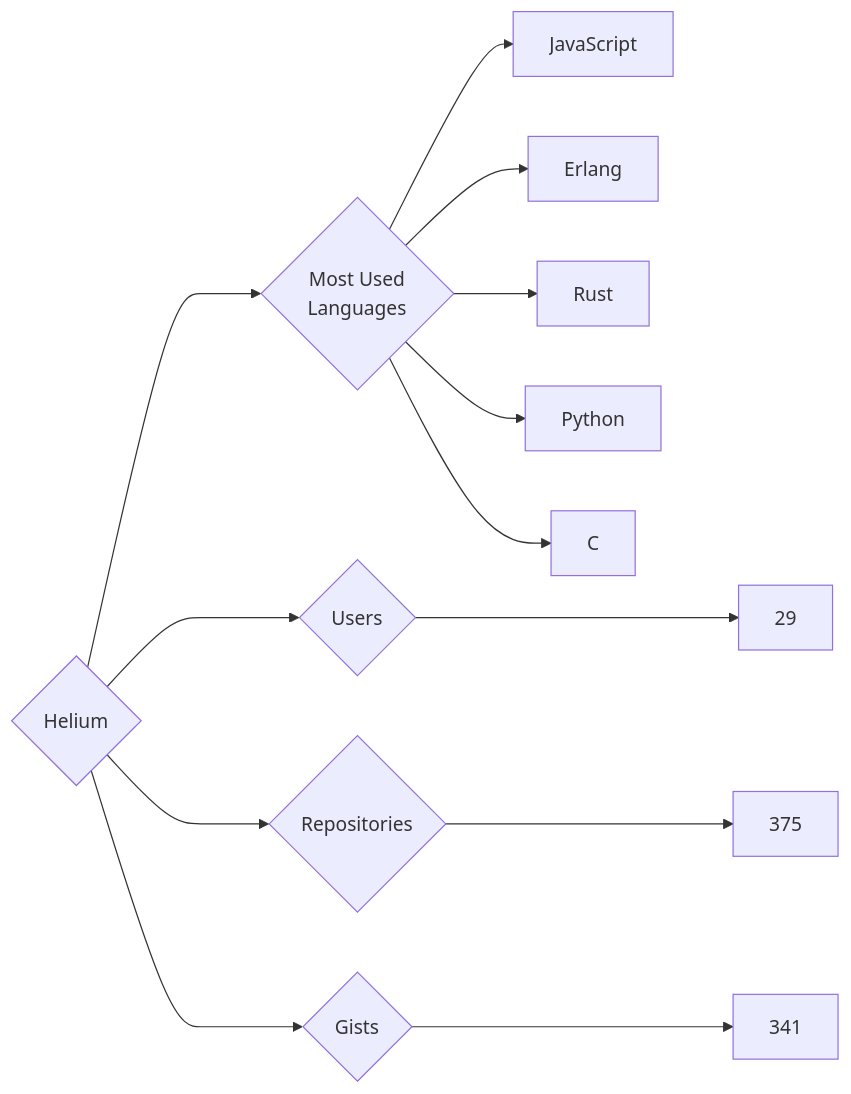
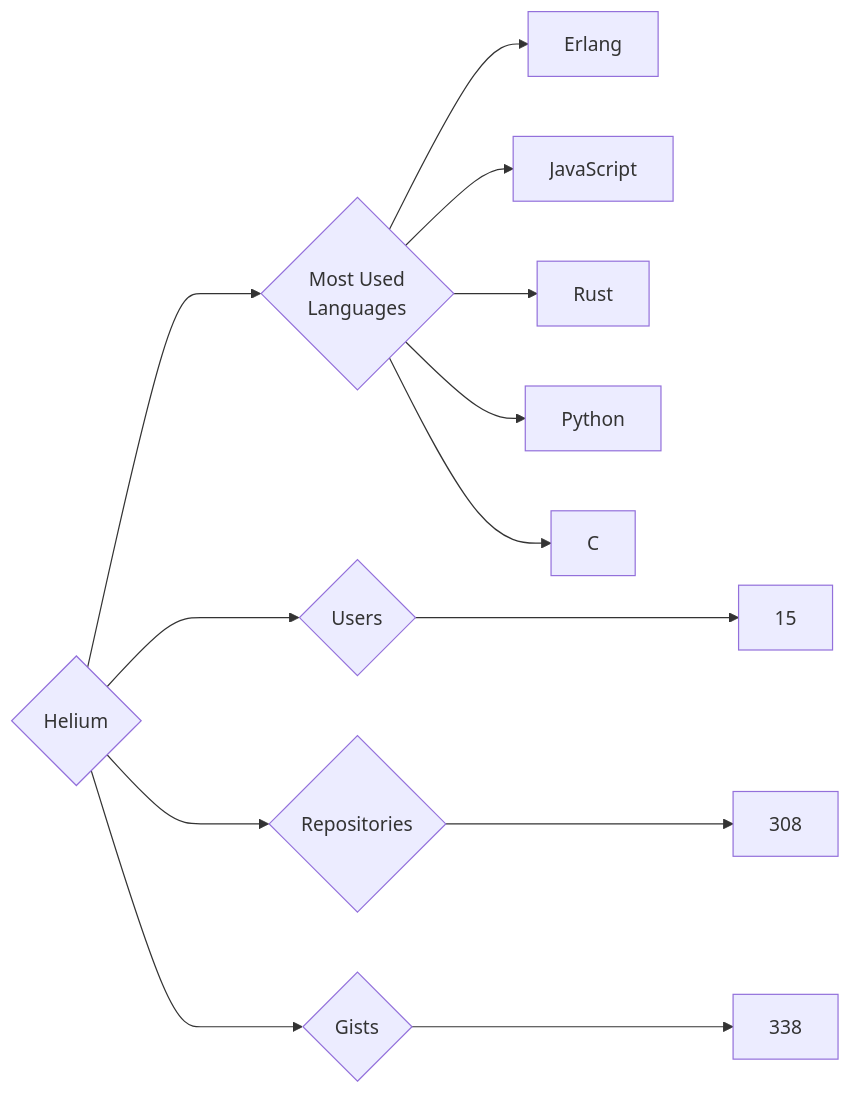
The diagram in targets/Helium/README.md (trickest/insiders), drawn with Mermaid before and after one commit. The commit also changed 916 other files, not shown here.

````diff
--- a/targets/Helium/README.md
+++ b/targets/Helium/README.md
@@ -3,13 +3,13 @@
 ```mermaid
 graph LR
 COMPANY_NAME{Helium}
-COMPANY_NAME ---> U{Users} ---> UN[29]
-COMPANY_NAME ---> R{Repositories} ---> RN[375]
-COMPANY_NAME ---> G{Gists} ---> GN[341]
+COMPANY_NAME ---> U{Users} ---> UN[15]
+COMPANY_NAME ---> R{Repositories} ---> RN[308]
+COMPANY_NAME ---> G{Gists} ---> GN[338]
 COMPANY_NAME ---> ML{Most Used<br>Languages}
+ML --> Erlang[Erlang]
 ML --> JavaScript[JavaScript]
-ML --> Erlang[Erlang]
 ML --> Rust[Rust]
 ML --> Python[Python]
 ML --> C[C]
 ```
````
